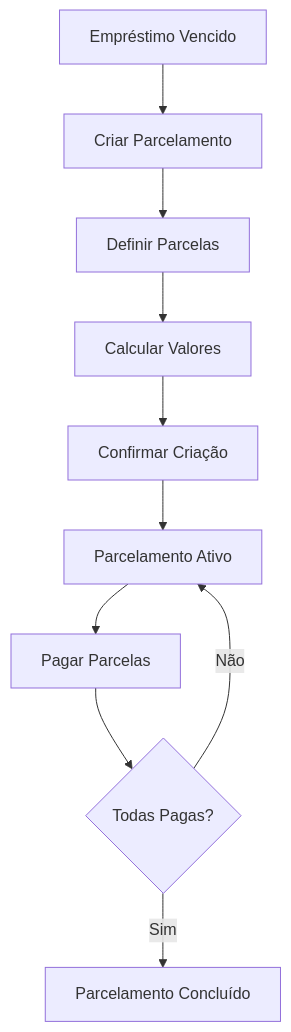
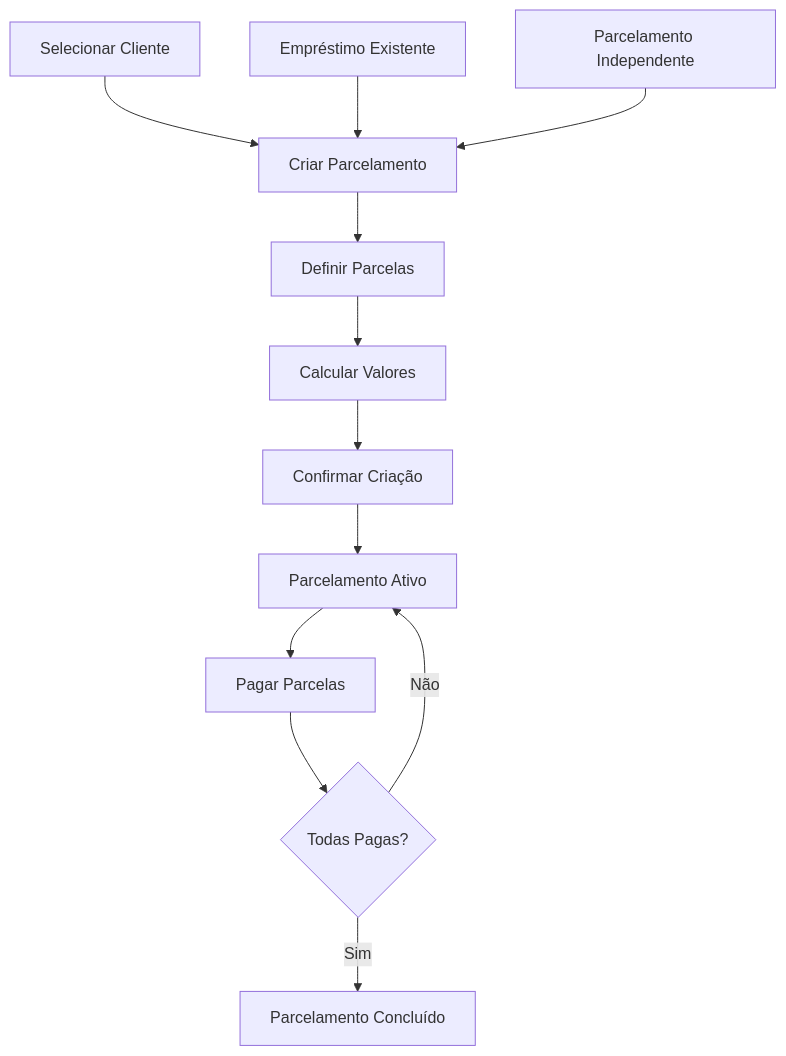
One commit to brassz/xp changed the diagram in README-parcelamentos.md. Above: the diagram before and after it, drawn with Mermaid. The commit also changed other lines of this file and 5 other files, not shown here.

````diff
--- a/README-parcelamentos.md
+++ b/README-parcelamentos.md
@@ -154,12 +159,14 @@
 ```mermaid
 graph TD
-    A[Empréstimo Vencido] --> B[Criar Parcelamento]
+    A[Selecionar Cliente] --> B[Criar Parcelamento]
+    A1[Empréstimo Existente] --> B
+    A2[Parcelamento Independente] --> B
     B --> C[Definir Parcelas]
     C --> D[Calcular Valores]
     D --> E[Confirmar Criação]
     E --> F[Parcelamento Ativo]
     F --> G[Pagar Parcelas]
     G --> H{Todas Pagas?}
     H -->|Sim| I[Parcelamento Concluído]
     H -->|Não| F
 ```
````
